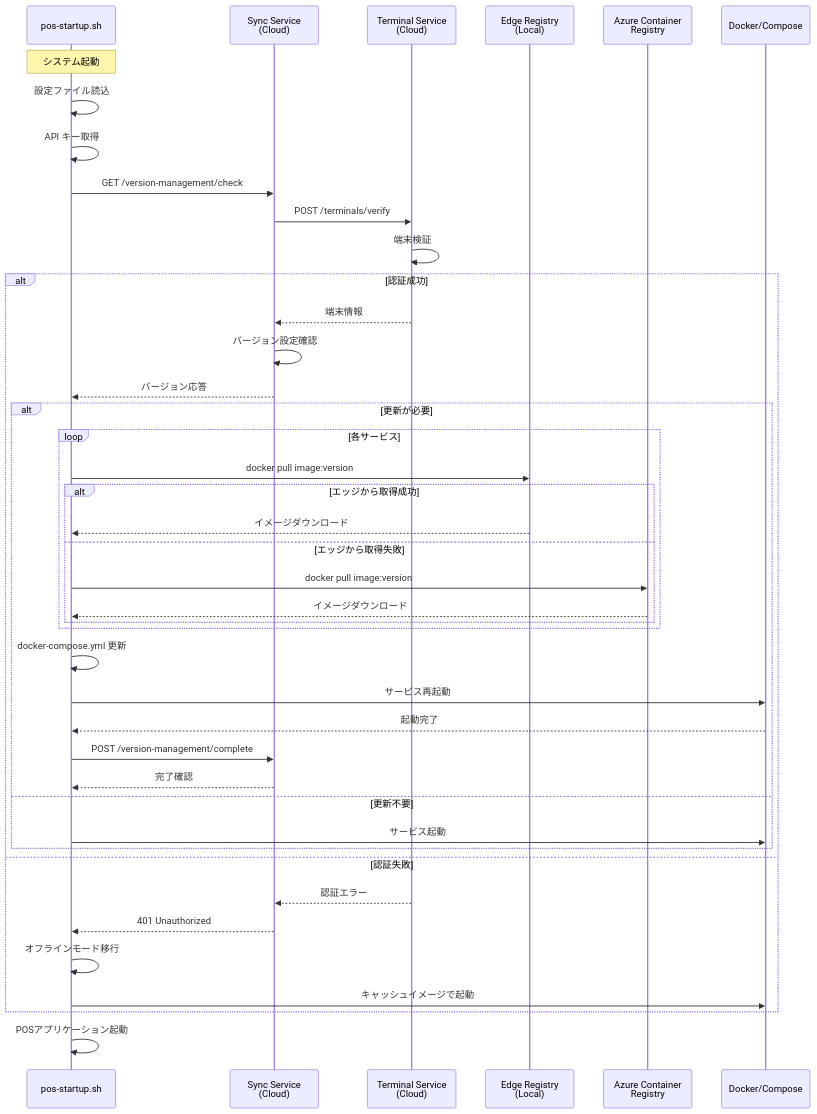
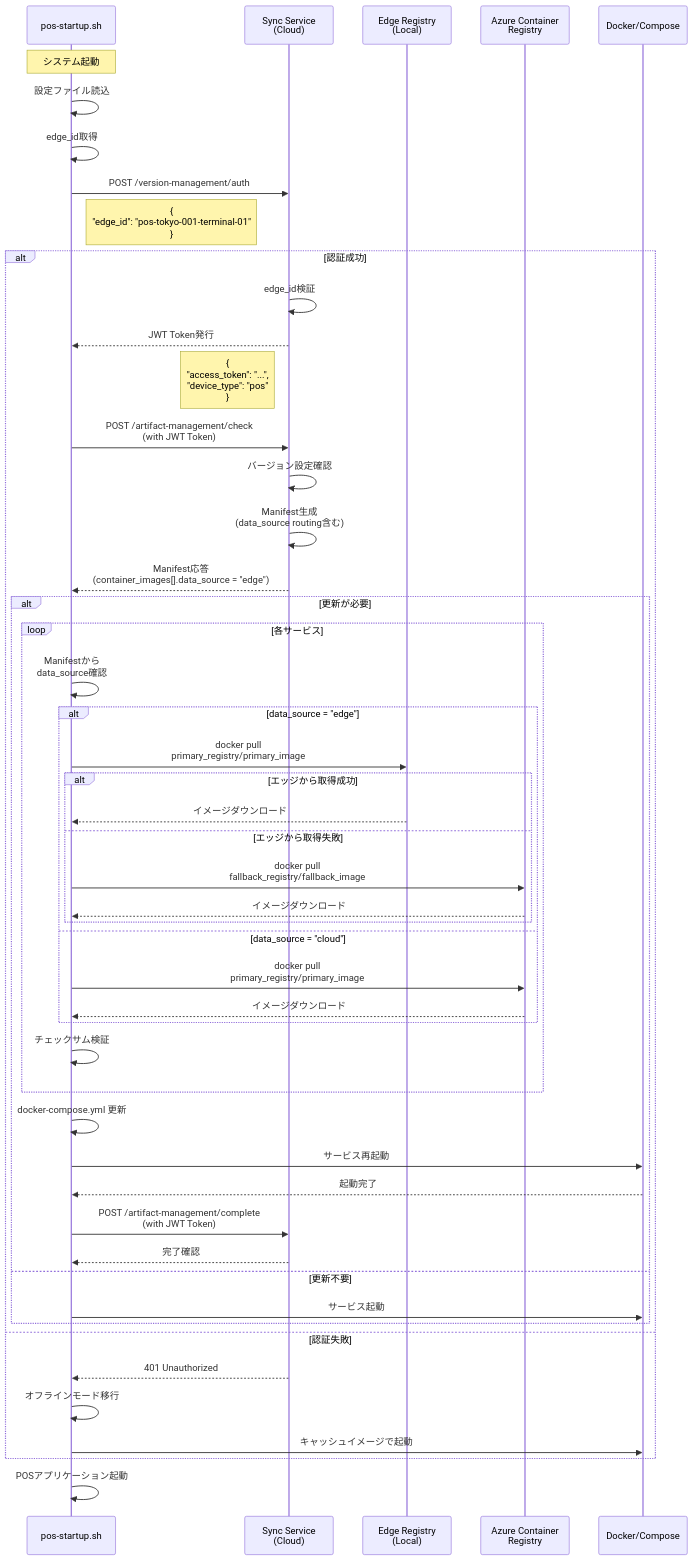
Before and after one commit to gaocuiping/kugelpos-stpos-docs-new: the eighth of 14 diagrams in notes/2-upgrade/03_アーキテクチャ解説書.md, drawn with Mermaid. The commit also changed other lines of this file and 2 other files, not shown here.

First line of the commit message:
docs: Update version check interval to 15 minutes

````diff
--- a/notes/2-upgrade/03_アーキテクチャ解説書.md
+++ b/notes/2-upgrade/03_アーキテクチャ解説書.md
@@ -536,54 +709,64 @@
 ```mermaid
 sequenceDiagram
     participant PS as pos-startup.sh
     participant SYNC as Sync Service<br/>(Cloud)
-    participant TERM as Terminal Service<br/>(Cloud)
     participant ER as Edge Registry<br/>(Local)
     participant ACR as Azure Container<br/>Registry
     participant DC as Docker/Compose
 
     Note over PS: システム起動
 
     PS->>PS: 設定ファイル読込
-    PS->>PS: API キー取得
+    PS->>PS: edge_id取得
 
-    PS->>SYNC: GET /version-management/check
-
-    SYNC->>TERM: POST /terminals/verify
-    TERM->>TERM: 端末検証
+    PS->>SYNC: POST /version-management/auth
+    Note right of PS: {<br/>  "edge_id": "pos-tokyo-001-terminal-01"<br/>}
 
     alt 認証成功
-        TERM-->>SYNC: 端末情報
+        SYNC->>SYNC: edge_id検証
+        SYNC-->>PS: JWT Token発行
+        Note left of SYNC: {<br/>  "access_token": "...",<br/>  "device_type": "pos"<br/>}
+
+        PS->>SYNC: POST /artifact-management/check<br/>(with JWT Token)
         SYNC->>SYNC: バージョン設定確認
-        SYNC-->>PS: バージョン応答
+        SYNC->>SYNC: Manifest生成<br/>(data_source routing含む)
+        SYNC-->>PS: Manifest応答<br/>(container_images[].data_source = "edge")
 
         alt 更新が必要
             loop 各サービス
-                PS->>ER: docker pull image:version
-                alt エッジから取得成功
-                    ER-->>PS: イメージダウンロード
-                else エッジから取得失敗
-                    PS->>ACR: docker pull image:version
+                PS->>PS: Manifestから<br/>data_source確認
+
+                alt data_source = "edge"
+                    PS->>ER: docker pull<br/>primary_registry/primary_image
+                    alt エッジから取得成功
+                        ER-->>PS: イメージダウンロード
+                    else エッジから取得失敗
+                        PS->>ACR: docker pull<br/>fallback_registry/fallback_image
+                        ACR-->>PS: イメージダウンロード
+                    end
+                else data_source = "cloud"
+                    PS->>ACR: docker pull<br/>primary_registry/primary_image
                     ACR-->>PS: イメージダウンロード
                 end
+
+                PS->>PS: チェックサム検証
             end
 
             PS->>PS: docker-compose.yml 更新
             PS->>DC: サービス再起動
             DC-->>PS: 起動完了
 
-            PS->>SYNC: POST /version-management/complete
+            PS->>SYNC: POST /artifact-management/complete<br/>(with JWT Token)
             SYNC-->>PS: 完了確認
         else 更新不要
             PS->>DC: サービス起動
         end
 
     else 認証失敗
-        TERM-->>SYNC: 認証エラー
         SYNC-->>PS: 401 Unauthorized
         PS->>PS: オフラインモード移行
         PS->>DC: キャッシュイメージで起動
     end
 
     PS->>PS: POSアプリケーション起動
 ```
````
